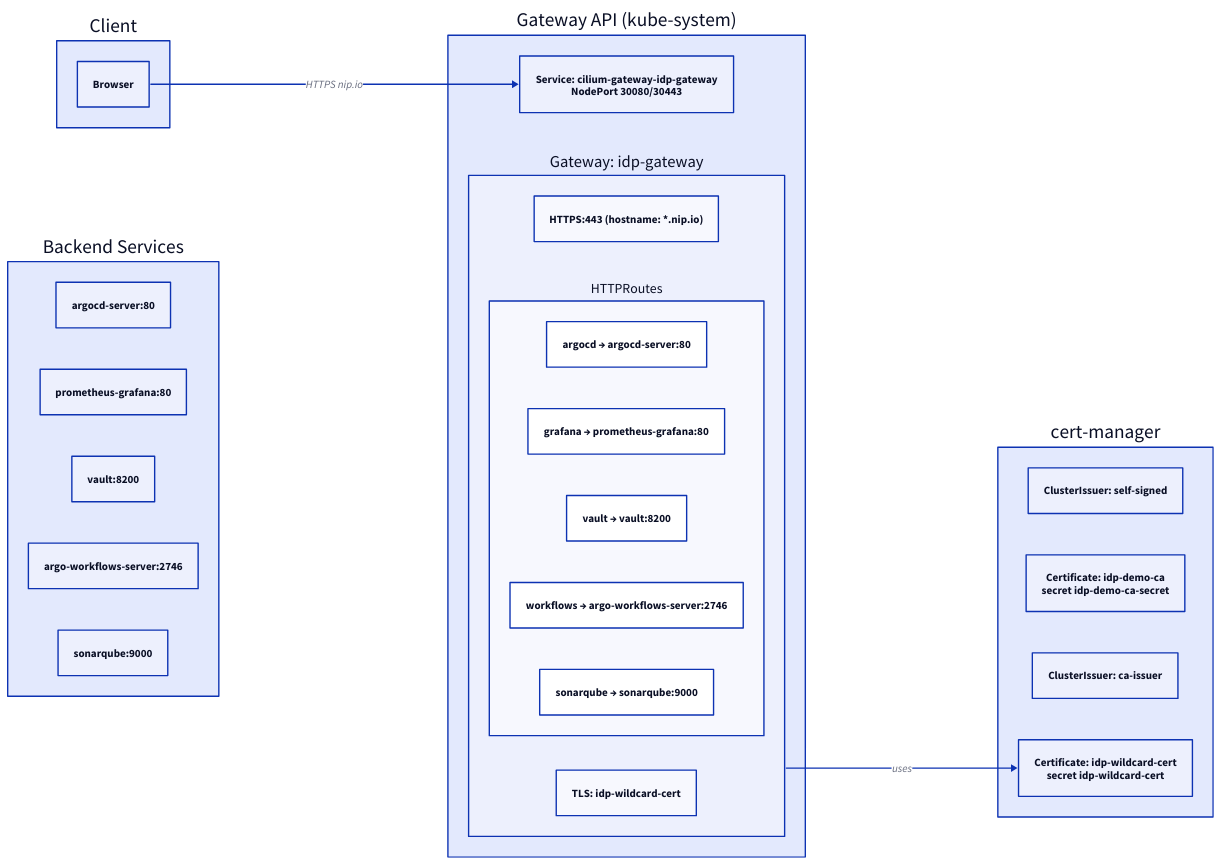
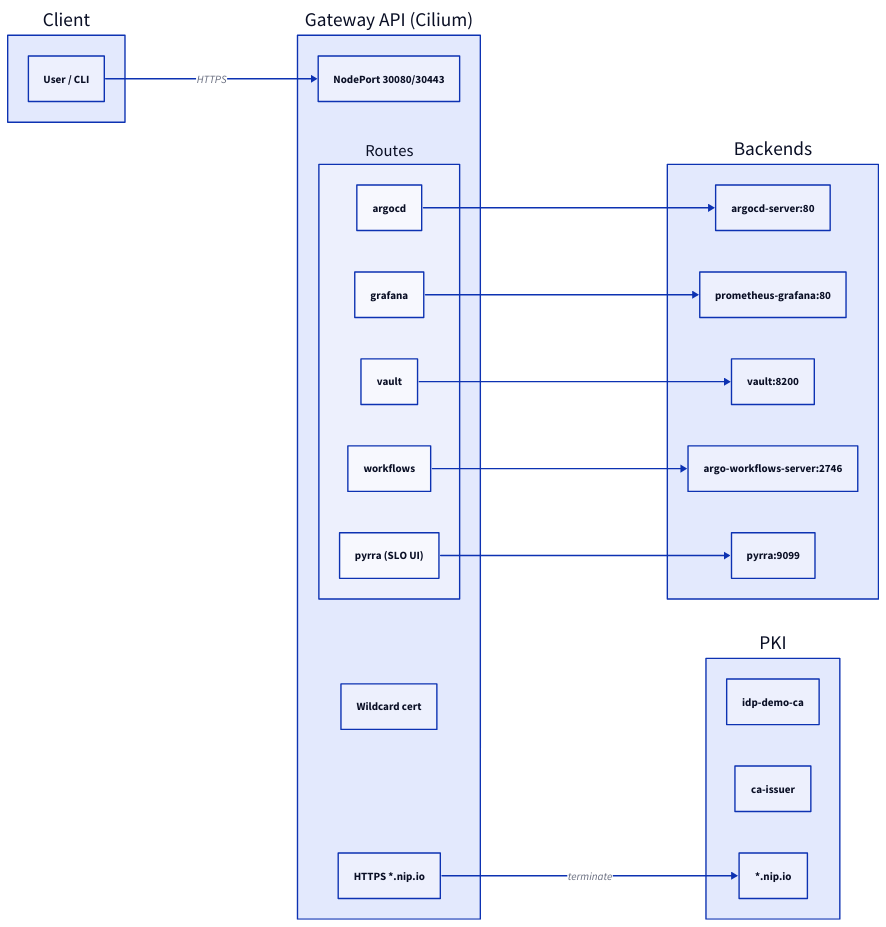
One commit to rou-cru/idp-blueprint changed the diagram in Docs/concepts/networking-gateway.md. Above: the diagram before and after it, drawn with D2. The commit also changed other lines of this file and 78 other files, not shown here.

Commit message:
docs: restructure architecture and operations

````diff
--- a/Docs/concepts/networking-gateway.md
+++ b/Docs/concepts/networking-gateway.md
@@ -69,45 +7,43 @@
 ```d2
 direction: right
 
 Client: {
-  Browser: "Browser"
+  Browser: "User / CLI"
 }
 
-GatewayAPI: {
-  label: "Gateway API (kube-system)"
-  SVC: "Service: cilium-gateway-idp-gateway\nNodePort 30080/30443"
-  Gateway: {
-    label: "Gateway: idp-gateway"
-    Listener: "HTTPS:443 (hostname: *.nip.io)"
-    TLS: "TLS: idp-wildcard-cert"
-    Routes: {
-      label: "HTTPRoutes"
-      argocd: "argocd → argocd-server:80"
-      grafana: "grafana → prometheus-grafana:80"
-      vault: "vault → vault:8200"
-      workflows: "workflows → argo-workflows-server:2746"
-      sonarqube: "sonarqube → sonarqube:9000"
-    }
+Gateway: {
+  label: "Gateway API (Cilium)"
+  SVC: "NodePort 30080/30443"
+  Listener: "HTTPS *.nip.io"
+  TLS: "Wildcard cert"
+  Routes: {
+    argocd: "argocd"
+    grafana: "grafana"
+    vault: "vault"
+    workflows: "workflows"
+    pyrra: "pyrra (SLO UI)"
   }
 }
 
 Backends: {
-  label: "Backend Services"
   argocd: "argocd-server:80"
   grafana: "prometheus-grafana:80"
   vault: "vault:8200"
   workflows: "argo-workflows-server:2746"
-  sonarqube: "sonarqube:9000"
+  pyrra: "pyrra:9099"
 }
 
-Certificates: {
-  label: "cert-manager"
-  SSI: "ClusterIssuer: self-signed"
-  CA: "Certificate: idp-demo-ca\nsecret idp-demo-ca-secret"
-  ISS: "ClusterIssuer: ca-issuer"
-  CERT: "Certificate: idp-wildcard-cert\nsecret idp-wildcard-cert"
+PKI: {
+  CA: "idp-demo-ca"
+  Issuer: "ca-issuer"
+  Wildcard: "*.nip.io"
 }
 
-Client.Browser -> GatewayAPI.SVC: "HTTPS nip.io"
-GatewayAPI.Gateway -> Certificates.CERT: uses
+Client.Browser -> Gateway.SVC: HTTPS
+Gateway.Listener -> PKI.Wildcard: terminate
+Gateway.Routes.argocd -> Backends.argocd
+Gateway.Routes.grafana -> Backends.grafana
+Gateway.Routes.vault -> Backends.vault
+Gateway.Routes.workflows -> Backends.workflows
+Gateway.Routes.pyrra -> Backends.pyrra
 ```
````
